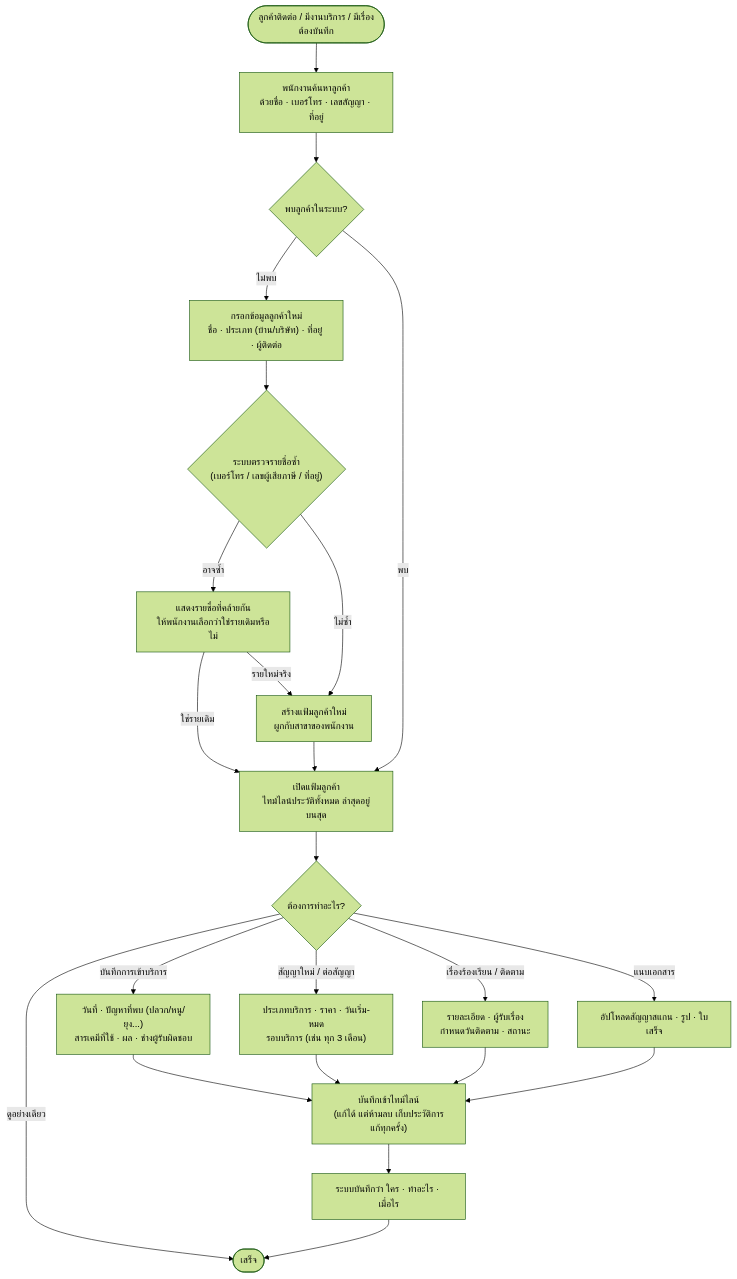
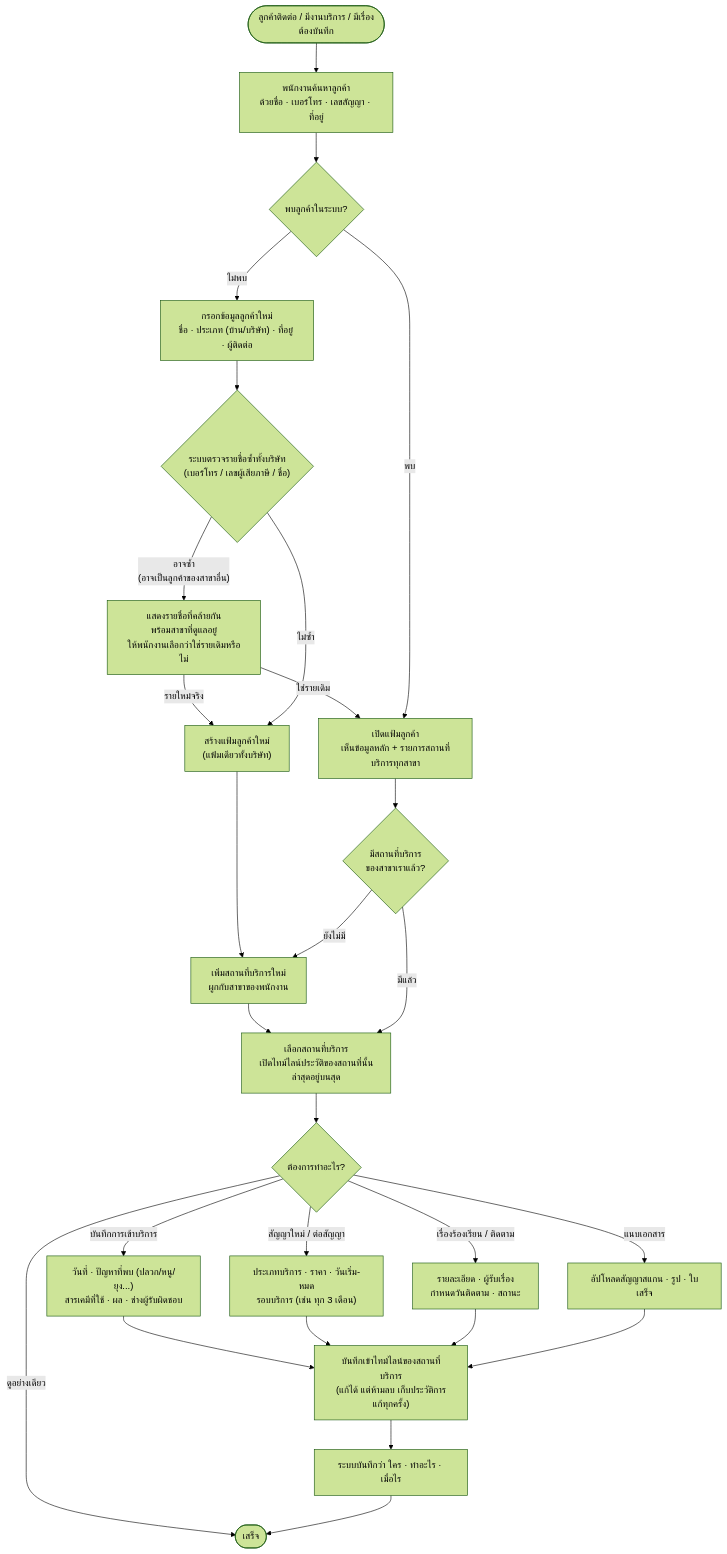
Before and after one commit to warayuthsema-alt/my-house-sh2401: the second of 7 diagrams in docs/research/2026-11-07-advance-group-asia-workflow-diagrams.md, drawn with Mermaid (forest theme). The commit also changed other lines of this file and 1 other file, not shown here.

First line of the commit message:
Workflow diagrams: support customers served by multiple branches

````diff
--- a/docs/research/2026-11-07-advance-group-asia-workflow-diagrams.md
+++ b/docs/research/2026-11-07-advance-group-asia-workflow-diagrams.md
@@ -51,26 +59,31 @@
 ```mermaid
 flowchart TD
     A(["ลูกค้าติดต่อ / มีงานบริการ / มีเรื่องต้องบันทึก"]) --> B["พนักงานค้นหาลูกค้า<br/>ด้วยชื่อ · เบอร์โทร · เลขสัญญา · ที่อยู่"]
     B --> C{"พบลูกค้าในระบบ?"}
 
     C -- "ไม่พบ" --> D["กรอกข้อมูลลูกค้าใหม่<br/>ชื่อ · ประเภท (บ้าน/บริษัท) · ที่อยู่ · ผู้ติดต่อ"]
-    D --> E{"ระบบตรวจรายชื่อซ้ำ<br/>(เบอร์โทร / เลขผู้เสียภาษี / ที่อยู่)"}
-    E -- "อาจซ้ำ" --> F["แสดงรายชื่อที่คล้ายกัน<br/>ให้พนักงานเลือกว่าใช่รายเดิมหรือไม่"]
+    D --> E{"ระบบตรวจรายชื่อซ้ำทั้งบริษัท<br/>(เบอร์โทร / เลขผู้เสียภาษี / ชื่อ)"}
+    E -- "อาจซ้ำ<br/>(อาจเป็นลูกค้าของสาขาอื่น)" --> F["แสดงรายชื่อที่คล้ายกัน<br/>พร้อมสาขาที่ดูแลอยู่<br/>ให้พนักงานเลือกว่าใช่รายเดิมหรือไม่"]
     F -- "ใช่รายเดิม" --> G
-    F -- "รายใหม่จริง" --> H["สร้างแฟ้มลูกค้าใหม่<br/>ผูกกับสาขาของพนักงาน"]
+    F -- "รายใหม่จริง" --> H["สร้างแฟ้มลูกค้าใหม่<br/>(แฟ้มเดียวทั้งบริษัท)"]
     E -- "ไม่ซ้ำ" --> H
-    H --> G
+    H --> S1
 
-    C -- "พบ" --> G["เปิดแฟ้มลูกค้า<br/>ไทม์ไลน์ประวัติทั้งหมด ล่าสุดอยู่บนสุด"]
+    C -- "พบ" --> G["เปิดแฟ้มลูกค้า<br/>เห็นข้อมูลหลัก + รายการสถานที่บริการทุกสาขา"]
 
-    G --> I{"ต้องการทำอะไร?"}
+    G --> S{"มีสถานที่บริการ<br/>ของสาขาเราแล้ว?"}
+    S -- "ยังไม่มี" --> S1["เพิ่มสถานที่บริการใหม่<br/>ผูกกับสาขาของพนักงาน"]
+    S1 --> P
+    S -- "มีแล้ว" --> P["เลือกสถานที่บริการ<br/>เปิดไทม์ไลน์ประวัติของสถานที่นั้น<br/>ล่าสุดอยู่บนสุด"]
+
+    P --> I{"ต้องการทำอะไร?"}
     I -- "บันทึกการเข้าบริการ" --> J["วันที่ · ปัญหาที่พบ (ปลวก/หนู/ยุง...)<br/>สารเคมีที่ใช้ · ผล · ช่างผู้รับผิดชอบ"]
     I -- "สัญญาใหม่ / ต่อสัญญา" --> K["ประเภทบริการ · ราคา · วันเริ่ม-หมด<br/>รอบบริการ (เช่น ทุก 3 เดือน)"]
     I -- "เรื่องร้องเรียน / ติดตาม" --> L["รายละเอียด · ผู้รับเรื่อง<br/>กำหนดวันติดตาม · สถานะ"]
     I -- "แนบเอกสาร" --> M["อัปโหลดสัญญาสแกน · รูป · ใบเสร็จ"]
     I -- "ดูอย่างเดียว" --> Z
 
-    J & K & L & M --> N["บันทึกเข้าไทม์ไลน์<br/>(แก้ได้ แต่ห้ามลบ เก็บประวัติการแก้ทุกครั้ง)"]
+    J & K & L & M --> N["บันทึกเข้าไทม์ไลน์ของสถานที่บริการ<br/>(แก้ได้ แต่ห้ามลบ เก็บประวัติการแก้ทุกครั้ง)"]
     N --> O["ระบบบันทึกว่า ใคร · ทำอะไร · เมื่อไร"]
     O --> Z(["เสร็จ"])
 ```
````
